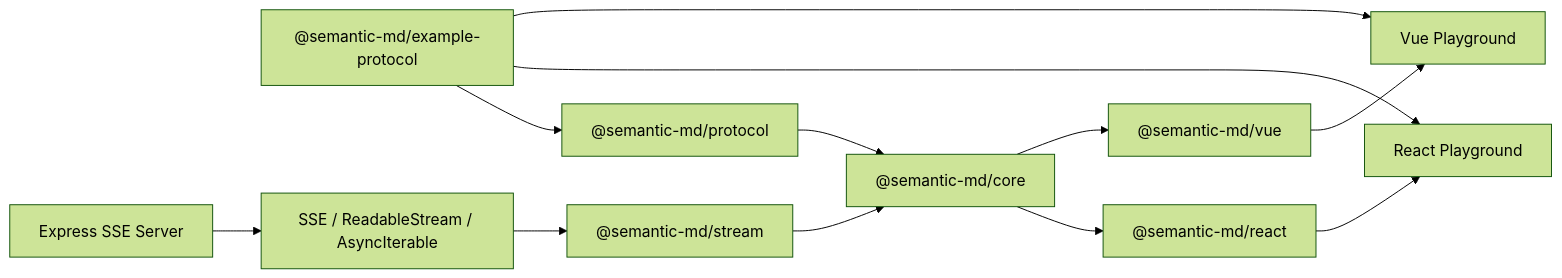
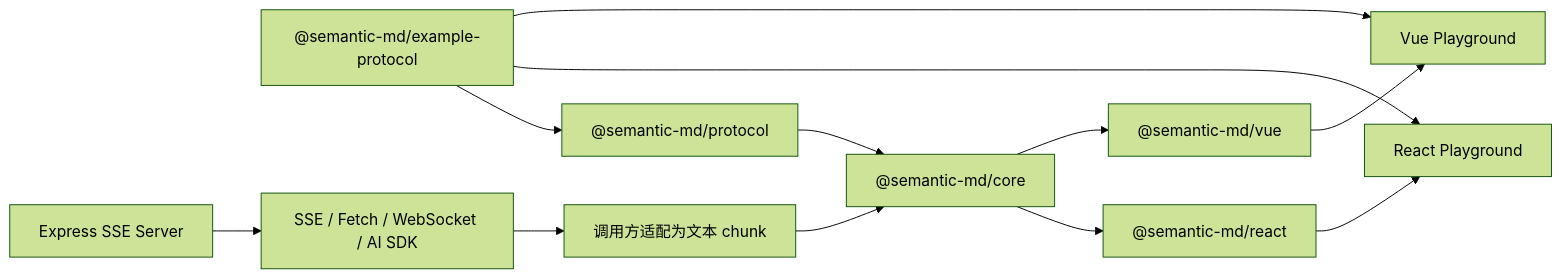
The diagram in README.md (anisorphcia/custom-md), drawn with Mermaid (forest theme) before and after one commit. The commit also changed other lines of this file and 46 other files, not shown here.

````diff
--- a/README.md
+++ b/README.md
@@ -12,14 +12,14 @@
 ```mermaid
 flowchart LR
   P["@semantic-md/protocol"] --> C["@semantic-md/core"]
   E["@semantic-md/example-protocol"] --> P
-  S["SSE / ReadableStream / AsyncIterable"] --> I["@semantic-md/stream"]
-  I --> C
+  S["SSE / Fetch / WebSocket / AI SDK"] --> A["调用方适配为文本 chunk"]
+  A --> C
   C --> R["@semantic-md/react"]
   C --> V["@semantic-md/vue"]
   E --> SR["React Playground"]
   E --> SV["Vue Playground"]
   PS["Express SSE Server"] --> S
   R --> SR
   V --> SV
 ```
````
